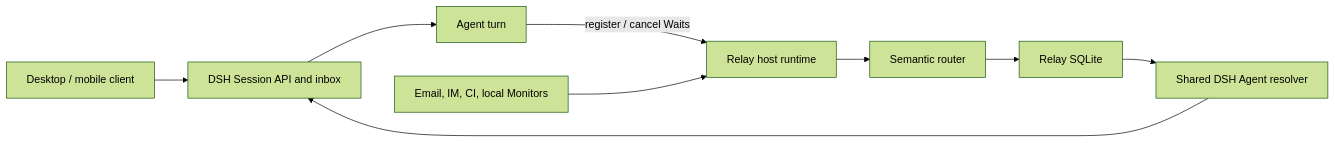
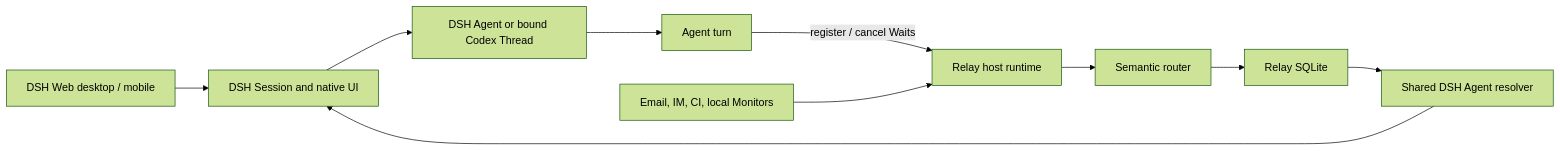
Before and after one commit to yangbobo2021/Relay: the diagram in docs/architecture.md, drawn with Mermaid (forest theme). The commit also changed other lines of this file and 40 other files, not shown here.

Commit message:
feat(dsh): run Codex in native sessions

````diff
--- a/docs/architecture.md
+++ b/docs/architecture.md
@@ -5,11 +5,12 @@
 ```mermaid
 flowchart LR
-  Mobile["Desktop / mobile client"] --> DSH["DSH Session API and inbox"]
-  DSH --> Agent["Agent turn"]
+  Mobile["DSH Web desktop / mobile"] --> DSH["DSH Session and native UI"]
+  DSH --> Backend["DSH Agent or bound Codex Thread"]
+  Backend --> Agent["Agent turn"]
   Agent -->|"register / cancel Waits"| Relay["Relay host runtime"]
   Sources["Email, IM, CI, local Monitors"] --> Relay
   Relay --> Router["Semantic router"]
   Router --> Store["Relay SQLite"]
   Store --> Inbox["Shared DSH Agent resolver"]
   Inbox --> DSH
 ```
````
